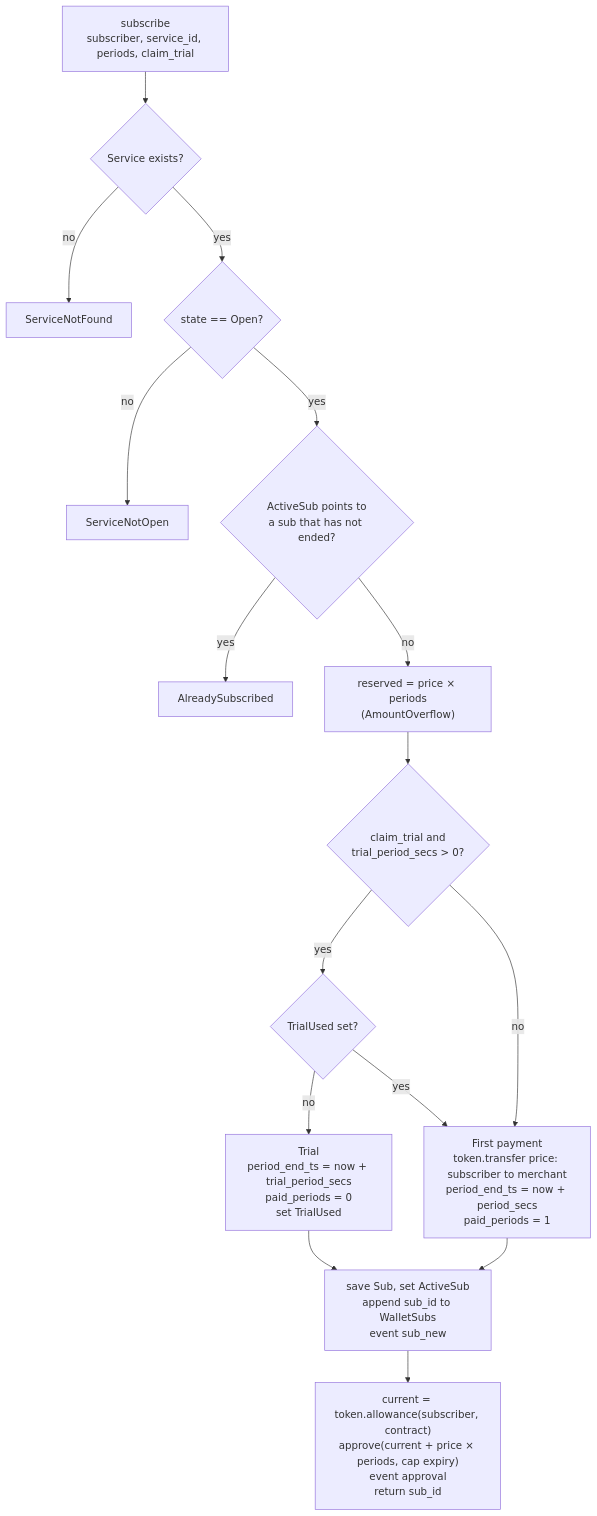
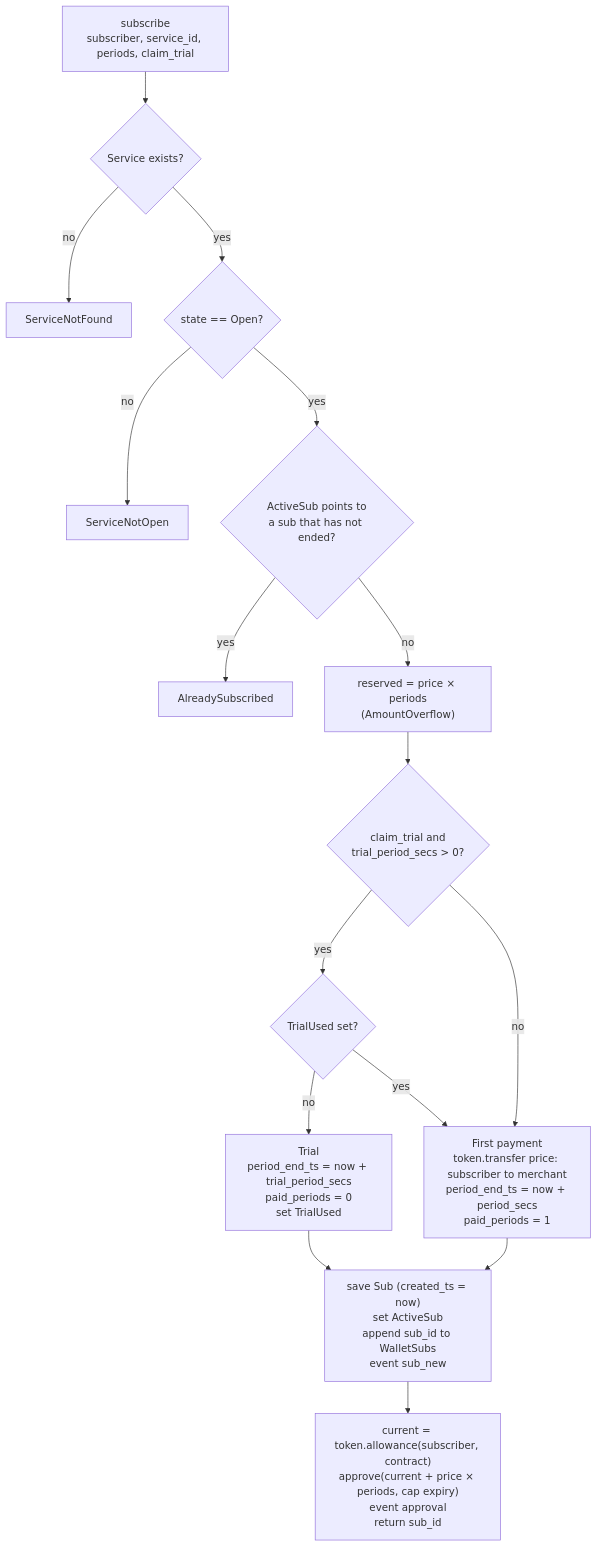
One commit to PiNetwork/PiRC changed the second of 5 diagrams in PiRC2/2-overview.md. Above: the diagram before and after it, drawn with Mermaid. The commit also changed 4 other files, not shown here.

First line of the commit message:
PiRC2: created_ts on subscriptions; SubNewEvent

````diff
--- a/PiRC2/2-overview.md
+++ b/PiRC2/2-overview.md
@@ -58,18 +58,18 @@
 ```mermaid
 flowchart TD
   A[subscribe<br/>subscriber, service_id, periods, claim_trial] --> B{Service exists?}
   B -- no --> E1[ServiceNotFound]
   B -- yes --> C{state == Open?}
   C -- no --> E2[ServiceNotOpen]
   C -- yes --> D{ActiveSub points to<br/>a sub that has not ended?}
   D -- yes --> E3[AlreadySubscribed]
   D -- no --> RS["reserved = price × periods<br/>(AmountOverflow)"]
   RS --> H{claim_trial and<br/>trial_period_secs > 0?}
   H -- yes --> I{TrialUsed set?}
   I -- no --> T["Trial<br/>period_end_ts = now + trial_period_secs<br/>paid_periods = 0<br/>set TrialUsed"]
   I -- yes --> P
   H -- no --> P["First payment<br/>token.transfer price: subscriber to merchant<br/>period_end_ts = now + period_secs<br/>paid_periods = 1"]
-  T --> R["save Sub, set ActiveSub<br/>append sub_id to WalletSubs<br/>event sub_new"]
+  T --> R["save Sub (created_ts = now)<br/>set ActiveSub<br/>append sub_id to WalletSubs<br/>event sub_new"]
   P --> R
   R --> AP["current = token.allowance(subscriber, contract)<br/>approve(current + price × periods, cap expiry)<br/>event approval<br/>return sub_id"]
 ```
````
